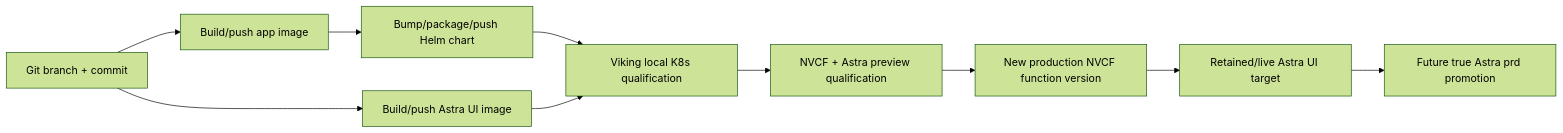
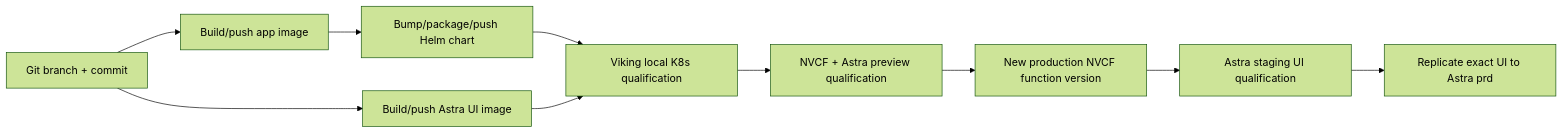
One commit to nv-nikkulkarni/nemotron-voice-agent changed the ninth of 10 diagrams in docs/current-deployed-pipeline-architecture.md. Above: the diagram before and after it, drawn with Mermaid (forest theme). The commit also changed other lines of this file and 6 other files, not shown here.

Commit message:
docs(deploy): record Astra production promotion

````diff
--- a/docs/current-deployed-pipeline-architecture.md
+++ b/docs/current-deployed-pipeline-architecture.md
@@ -1640,12 +1669,12 @@
 ```mermaid
 flowchart LR
     SRC["Git branch + commit"] --> APP["Build/push app image"]
     SRC --> UI["Build/push Astra UI image"]
     APP --> CHART["Bump/package/push Helm chart"]
     CHART --> LOCAL["Viking local K8s qualification"]
     UI --> LOCAL
     LOCAL --> STG["NVCF + Astra preview qualification"]
     STG --> PROD_N["New production NVCF function version"]
-    PROD_N --> LIVE_UI["Retained/live Astra UI target"]
-    LIVE_UI --> PRD["Future true Astra prd promotion"]
+    PROD_N --> LIVE_UI["Astra staging UI qualification"]
+    LIVE_UI --> PRD["Replicate exact UI to Astra prd"]
 ```
````
